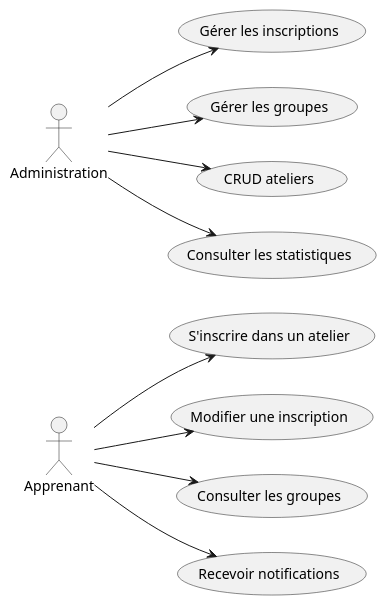
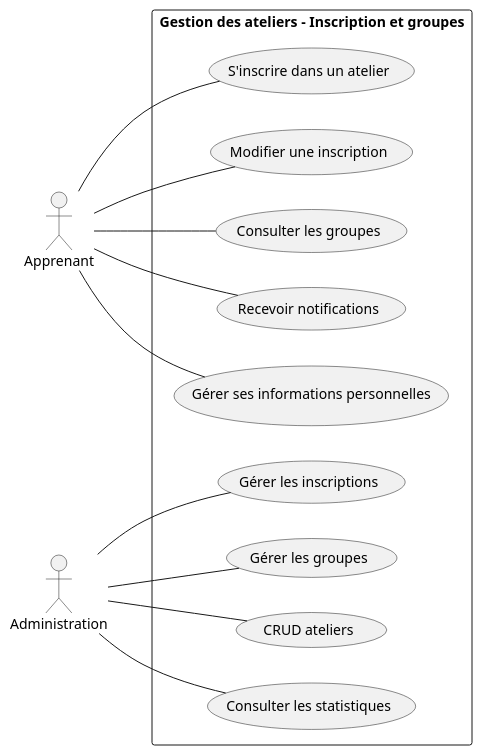
Before and after one commit to Aminebennani1/UI-UX-Dessign: the diagram in branch-Fonctionelle/Analyse/use-Case.puml, drawn with PlantUML. The commit also changed 3 other files, not shown here.

```diff
--- a/branch-Fonctionelle/Analyse/use-Case.puml
+++ b/branch-Fonctionelle/Analyse/use-Case.puml
@@ -1,26 +1,31 @@
 @startuml
 left to right direction
 actor Apprenant
 actor Administration
 
+rectangle "Gestion des ateliers - Inscription et groupes"{
+
 usecase "S'inscrire dans un atelier" as UC1
 usecase "Modifier une inscription" as UC2
 usecase "Consulter les groupes" as UC3
 usecase "Recevoir notifications" as UC4
-
-Apprenant --> UC1
-Apprenant --> UC2
-Apprenant --> UC3
-Apprenant --> UC4
-
+usecase "Gérer ses informations personnelles" as UC9
 usecase "Gérer les inscriptions" as UC5
 usecase "Gérer les groupes" as UC6
 usecase "CRUD ateliers" as UC7
 usecase "Consulter les statistiques" as UC8
+}
 
-Administration --> UC5
-Administration --> UC6
-Administration --> UC7
-Administration --> UC8
+Apprenant -- UC1
+Apprenant -- UC2
+Apprenant -- UC3
+Apprenant -- UC4
+Apprenant -- UC9
+
+
+Administration -- UC5
+Administration -- UC6
+Administration -- UC7
+Administration -- UC8
 
 @enduml
```
